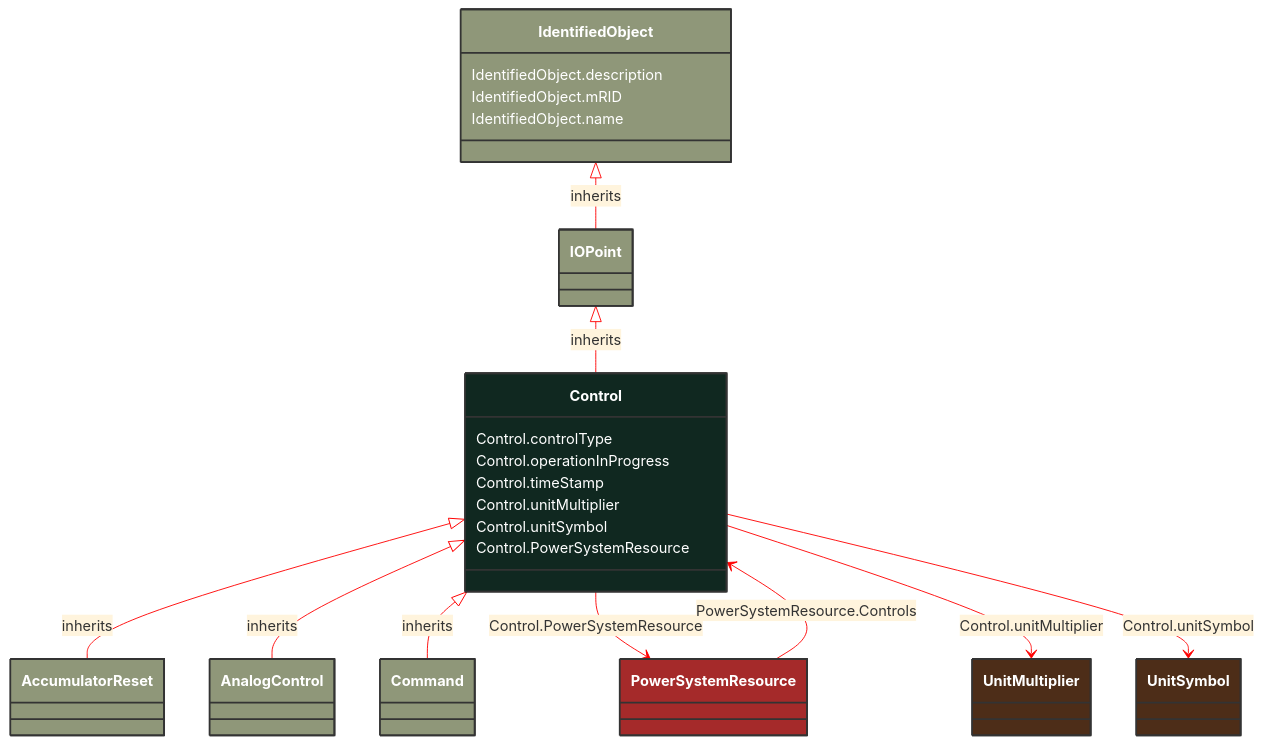
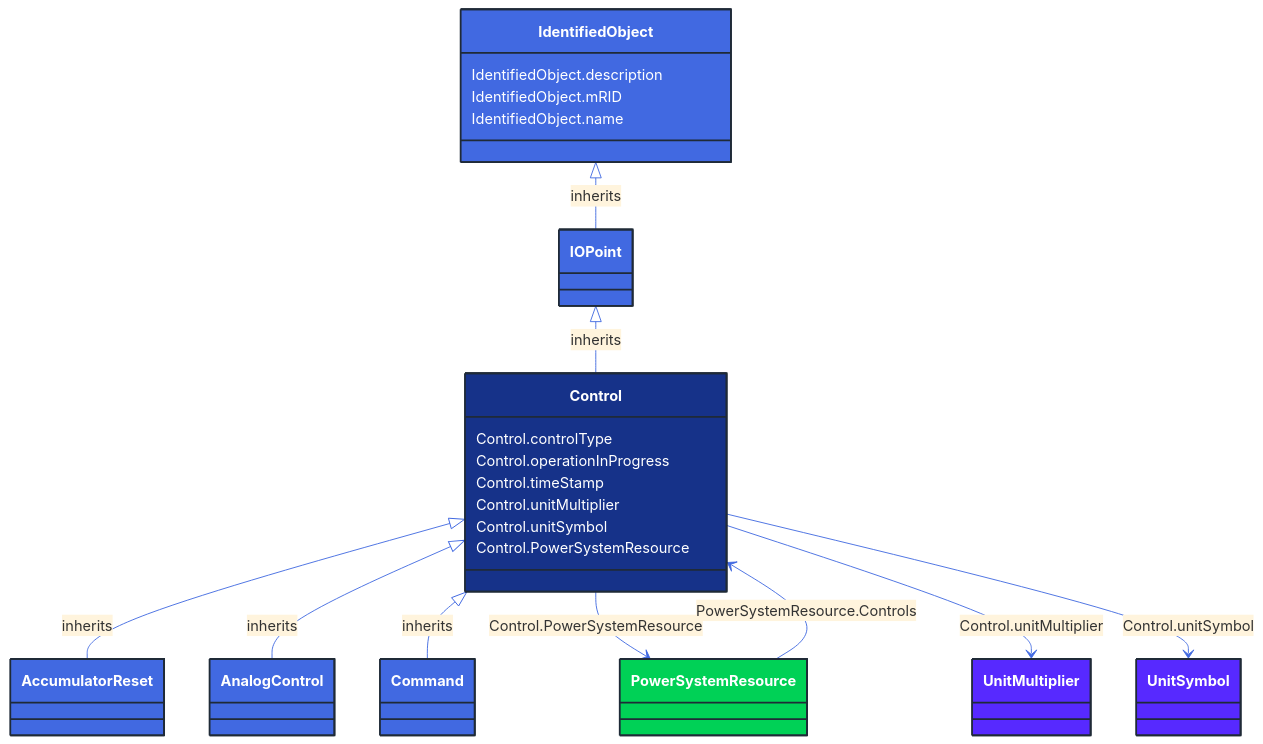
Before and after one commit to 3lbits/NoCIMExtensions: the diagram in docs/Models/Profiles/Operation/AbstractClasses/Control.md, drawn with Mermaid. The commit also changed 362 other files, not shown here.

First line of the commit message:
Update diagrams and styles for improved visual consistency

````diff
--- a/docs/Models/Profiles/Operation/AbstractClasses/Control.md
+++ b/docs/Models/Profiles/Operation/AbstractClasses/Control.md
@@ -10,66 +10,66 @@
 ```mermaid
-%%{init: {'theme':'base','themeVariables': {'lineColor': '#FF0000'}}}%%
+%%{init: {'theme':'base','themeVariables': {'lineColor': '#4169E1'}}}%%
 classDiagram
     class Control
     click Control href "/Models/Profiles/Operation/AbstractClasses/Control/"
-    style Control fill:#102820,stroke:#333,stroke-width:2px,rx:10,ry:10,color:white
+    style Control fill:#163289,stroke:#1F2A37,stroke-width:2px,rx:10,ry:10,color:white
 
         Control <|-- AccumulatorReset : inherits
 
         AccumulatorReset
             click AccumulatorReset href "/Models/Profiles/Operation/ConcreteClasses/AccumulatorReset/"
-            style AccumulatorReset fill:#8F9779,stroke:#333,stroke-width:2px,rx:10,ry:10,color:white
+            style AccumulatorReset fill:#4169E1,stroke:#1F2A37,stroke-width:2px,rx:10,ry:10,color:white
 
         Control <|-- AnalogControl : inherits
 
         AnalogControl
             click AnalogControl href "/Models/Profiles/Operation/AbstractClasses/AnalogControl/"
-            style AnalogControl fill:#8F9779,stroke:#333,stroke-width:2px,rx:10,ry:10,color:white
+            style AnalogControl fill:#4169E1,stroke:#1F2A37,stroke-width:2px,rx:10,ry:10,color:white
 
         Control <|-- Command : inherits
 
         Command
             click Command href "/Models/Profiles/Operation/ConcreteClasses/Command/"
-            style Command fill:#8F9779,stroke:#333,stroke-width:2px,rx:10,ry:10,color:white
+            style Command fill:#4169E1,stroke:#1F2A37,stroke-width:2px,rx:10,ry:10,color:white
      
         IOPoint <|-- Control : inherits
             click IOPoint href "/Models/Profiles/Operation/AbstractClasses/IOPoint/"
-            style IOPoint fill:#8F9779,stroke:#333,stroke-width:2px,rx:10,ry:10,color:white
+            style IOPoint fill:#4169E1,stroke:#1F2A37,stroke-width:2px,rx:10,ry:10,color:white
      
         IdentifiedObject <|-- IOPoint : inherits
             click IdentifiedObject href "/Models/Profiles/Operation/AbstractClasses/IdentifiedObject/"
-            style IdentifiedObject fill:#8F9779,stroke:#333,stroke-width:2px,rx:10,ry:10,color:white
+            style IdentifiedObject fill:#4169E1,stroke:#1F2A37,stroke-width:2px,rx:10,ry:10,color:white
 
         Control --> PowerSystemResource : Control.PowerSystemResource
 
         PowerSystemResource
             click PowerSystemResource href "/Models/Profiles/Operation/AbstractClasses/PowerSystemResource/"
-            style PowerSystemResource fill:#A52A2A,stroke:#333,stroke-width:2px,rx:10,ry:10,color:white
+            style PowerSystemResource fill:#00D156,stroke:#1F2A37,stroke-width:2px,rx:10,ry:10,color:white
 
         PowerSystemResource --> Control : PowerSystemResource.Controls
 
         PowerSystemResource
             click PowerSystemResource href "/Models/Profiles/Operation/AbstractClasses/PowerSystemResource/"
-            style PowerSystemResource fill:#A52A2A,stroke:#333,stroke-width:2px,rx:10,ry:10,color:white
+            style PowerSystemResource fill:#00D156,stroke:#1F2A37,stroke-width:2px,rx:10,ry:10,color:white
 
         Control --> UnitMultiplier : Control.unitMultiplier
 
         UnitMultiplier
             click UnitMultiplier href "/Models/Profiles/Operation/Enumerations/UnitMultiplier/"
-            style UnitMultiplier fill:#4D2D18,stroke:#333,stroke-width:2px,rx:10,ry:10,color:white
+            style UnitMultiplier fill:#5729FF,stroke:#1F2A37,stroke-width:2px,rx:10,ry:10,color:white
         Control --> UnitSymbol : Control.unitSymbol
 
         UnitSymbol
             click UnitSymbol href "/Models/Profiles/Operation/Enumerations/UnitSymbol/"
-            style UnitSymbol fill:#4D2D18,stroke:#333,stroke-width:2px,rx:10,ry:10,color:white
+            style UnitSymbol fill:#5729FF,stroke:#1F2A37,stroke-width:2px,rx:10,ry:10,color:white
 
         Control : Control.controlType
         Control : Control.operationInProgress
         Control : Control.timeStamp
         Control : Control.unitMultiplier
         Control : Control.unitSymbol
         Control : Control.PowerSystemResource
         IdentifiedObject : IdentifiedObject.description
         IdentifiedObject : IdentifiedObject.mRID
         IdentifiedObject : IdentifiedObject.name
 ```
````
